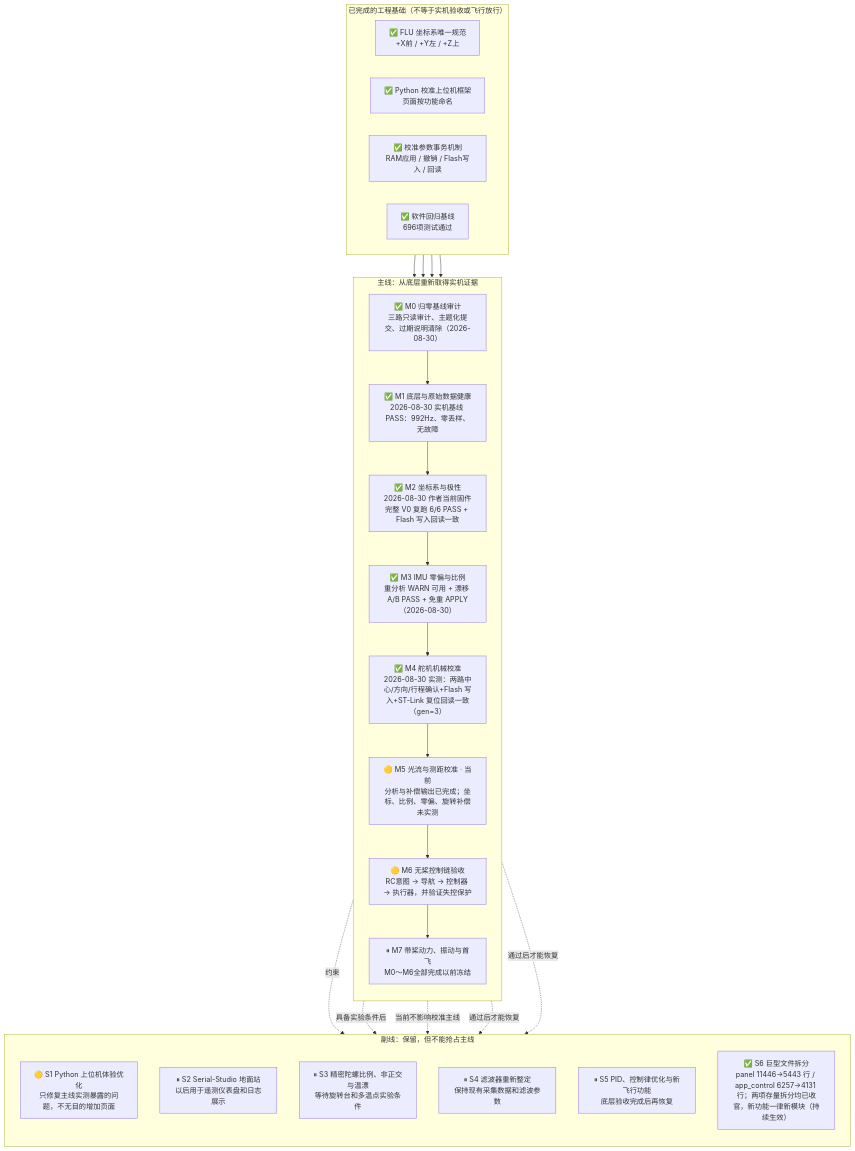
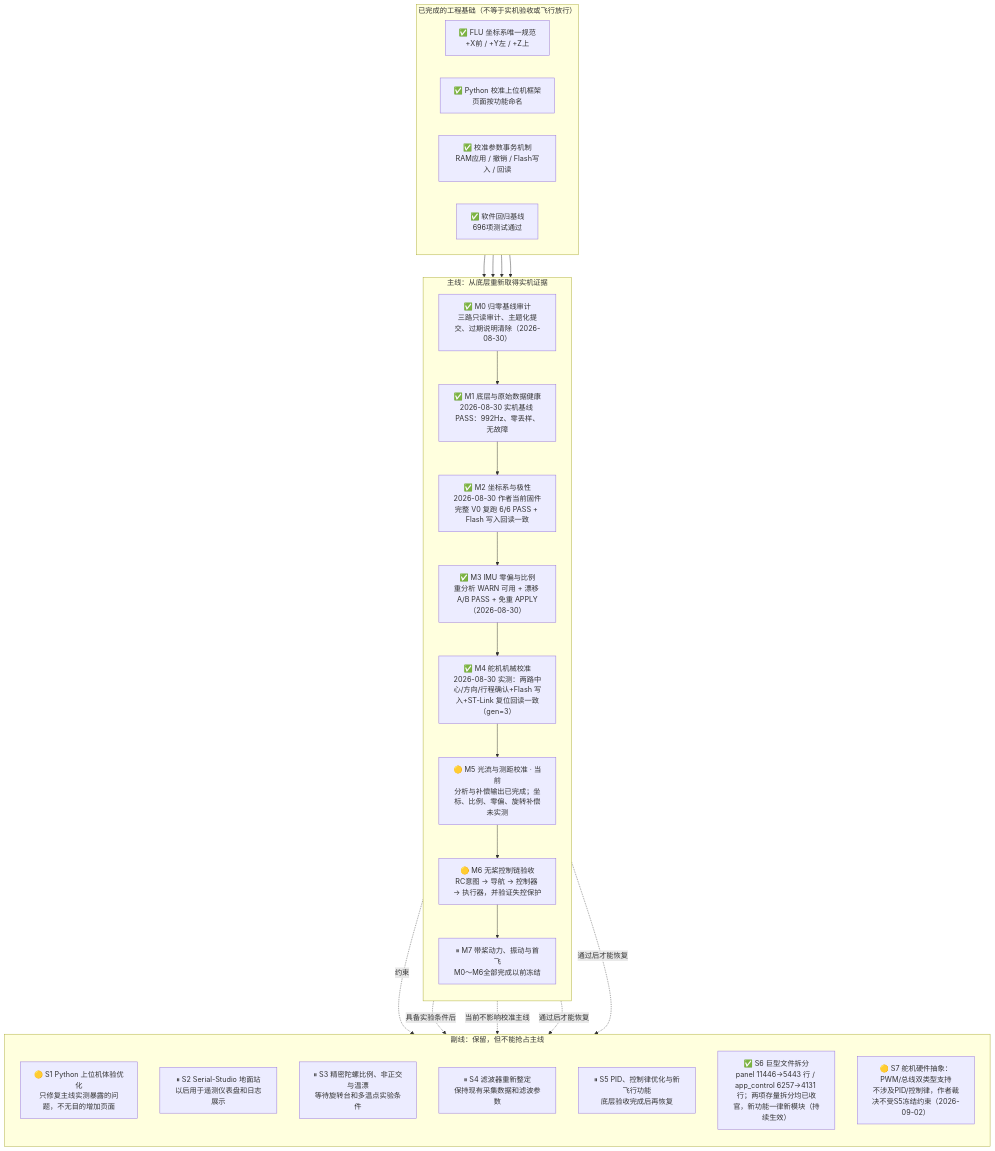
The diagram in PIPELINE.md (ThroneTLE/drone-H743), drawn with Mermaid before and after one commit. The commit also changed other lines of this file and 2 other files, not shown here.

First line of the commit message:
docs(pipeline): 新开副线 S7——舵机 PWM/总线双类型支持，拆 6 条 REQ

````diff
--- a/PIPELINE.md
+++ b/PIPELINE.md
@@ -16,44 +16,45 @@
 ```mermaid
 flowchart TB
     subgraph BASE["已完成的工程基础（不等于实机验收或飞行放行）"]
         direction LR
         B1["✅ FLU 坐标系唯一规范<br/>+X前 / +Y左 / +Z上"]
         B2["✅ Python 校准上位机框架<br/>页面按功能命名"]
         B3["✅ 校准参数事务机制<br/>RAM应用 / 撤销 / Flash写入 / 回读"]
         B4["✅ 软件回归基线<br/>696项测试通过"]
     end
 
     subgraph MAIN["主线：从底层重新取得实机证据"]
         direction TB
         M0["✅ M0 归零基线审计<br/>三路只读审计、主题化提交、过期说明清除（2026-08-30）"]
         M1["✅ M1 底层与原始数据健康<br/>2026-08-30 实机基线 PASS：992Hz、零丢样、无故障"]
         M2["✅ M2 坐标系与极性<br/>2026-08-30 作者当前固件完整 V0 复跑 6/6 PASS + Flash 写入回读一致"]
         M3["✅ M3 IMU 零偏与比例<br/>重分析 WARN 可用 + 漂移 A/B PASS + 免重 APPLY（2026-08-30）"]
         M4["✅ M4 舵机机械校准<br/>2026-08-30 实测：两路中心/方向/行程确认+Flash 写入+ST-Link 复位回读一致（gen=3）"]
         M5["🟡 M5 光流与测距校准 · 当前<br/>分析与补偿输出已完成；坐标、比例、零偏、旋转补偿未实测"]
         M6["🟡 M6 无桨控制链验收<br/>RC意图 → 导航 → 控制器 → 执行器，并验证失控保护"]
         M7["⏸ M7 带桨动力、振动与首飞<br/>M0～M6全部完成以前冻结"]
         M0 --> M1 --> M2 --> M3 --> M4 --> M5 --> M6 --> M7
     end
 
     B1 --> M0
     B2 --> M0
     B3 --> M0
     B4 --> M0
 
     subgraph SIDE["副线：保留，但不能抢占主线"]
         direction TB
         S1["🟡 S1 Python 上位机体验优化<br/>只修复主线实测暴露的问题，不无目的增加页面"]
         S2["⏸ S2 Serial-Studio 地面站<br/>以后用于遥测仪表盘和日志展示"]
         S3["⏸ S3 精密陀螺比例、非正交与温漂<br/>等待旋转台和多温点实验条件"]
         S4["⏸ S4 滤波器重新整定<br/>保持现有采集数据和滤波参数"]
         S5["⏸ S5 PID、控制律优化与新飞行功能<br/>底层验收完成后再恢复"]
         S6["✅ S6 巨型文件拆分<br/>panel 11446→5443 行 / app_control 6257→4131 行；两项存量拆分均已收官，新功能一律新模块（持续生效）"]
+        S7["🟡 S7 舵机硬件抽象：PWM/总线双类型支持<br/>不涉及PID/控制律，作者裁决不受S5冻结约束（2026-09-02）"]
     end
 
     M0 -.约束.-> S1
     M1 -.具备实验条件后.-> S3
     M5 -.当前不影响校准主线.-> S2
     M6 -.通过后才能恢复.-> S4
     M6 -.通过后才能恢复.-> S5
 ```
````
